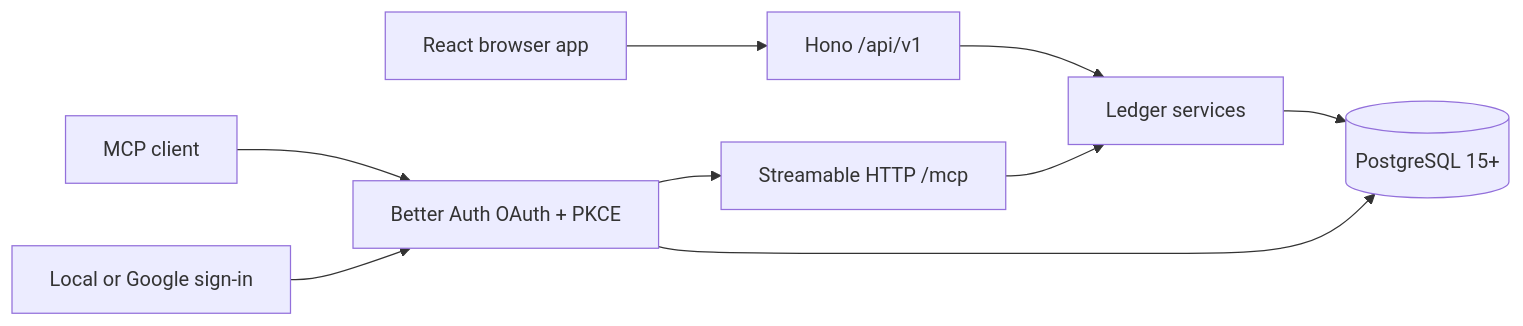
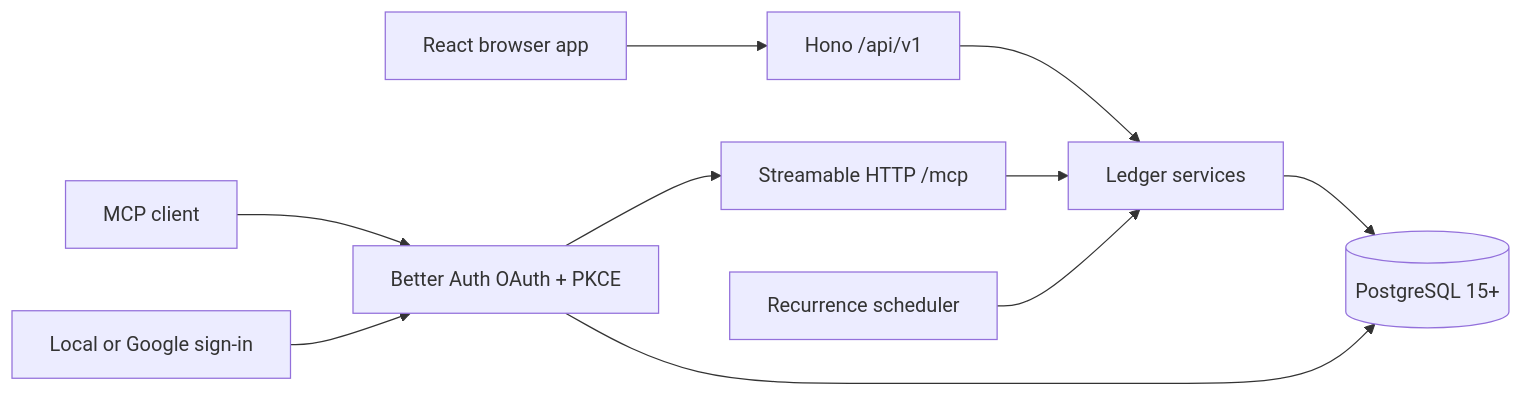
The diagram in docs/architecture.md (thtmnisamnstr/simple-balance), drawn with Mermaid before and after one commit. The commit also changed other lines of this file and 5 other files, not shown here.

````diff
--- a/docs/architecture.md
+++ b/docs/architecture.md
@@ -7,11 +8,12 @@
 ```mermaid
 flowchart LR
   Browser["React browser app"] --> API["Hono /api/v1"]
   Agent["MCP client"] --> OAuth["Better Auth OAuth + PKCE"]
   OAuth --> MCP["Streamable HTTP /mcp"]
   API --> Services["Ledger services"]
   MCP --> Services
+  Scheduler["Recurrence scheduler"] --> Services
   Services --> DB[("PostgreSQL 15+")]
   Auth["Local or Google sign-in"] --> OAuth
   OAuth --> DB
 ```
````
